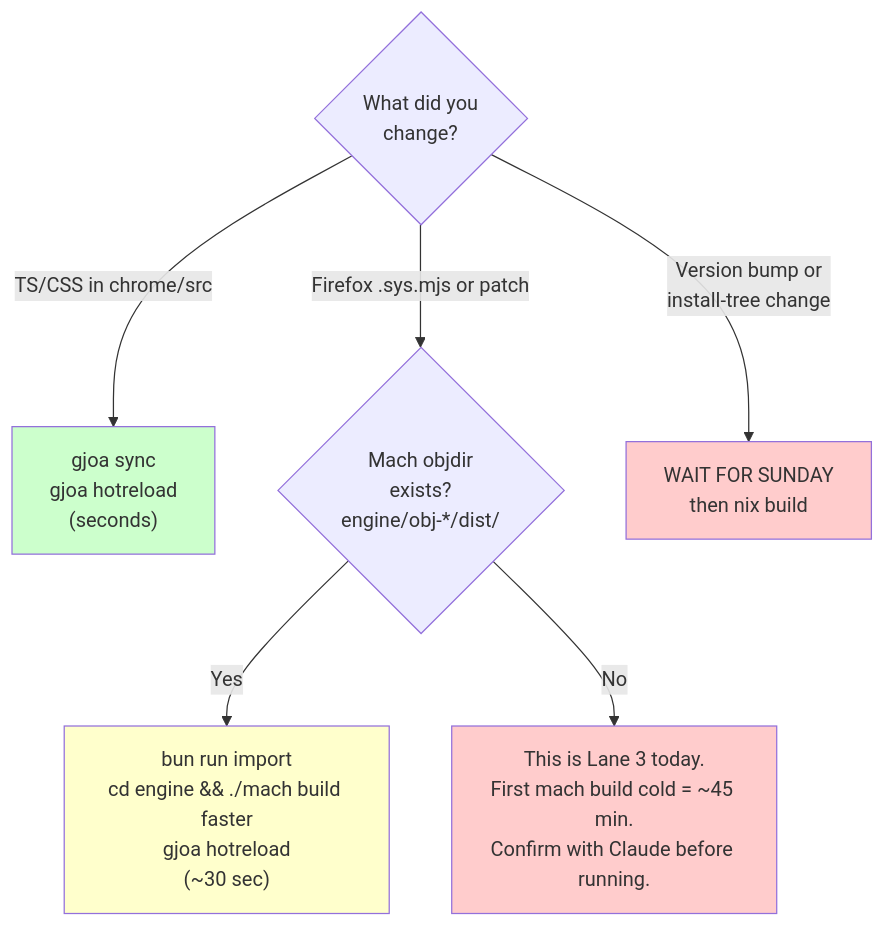
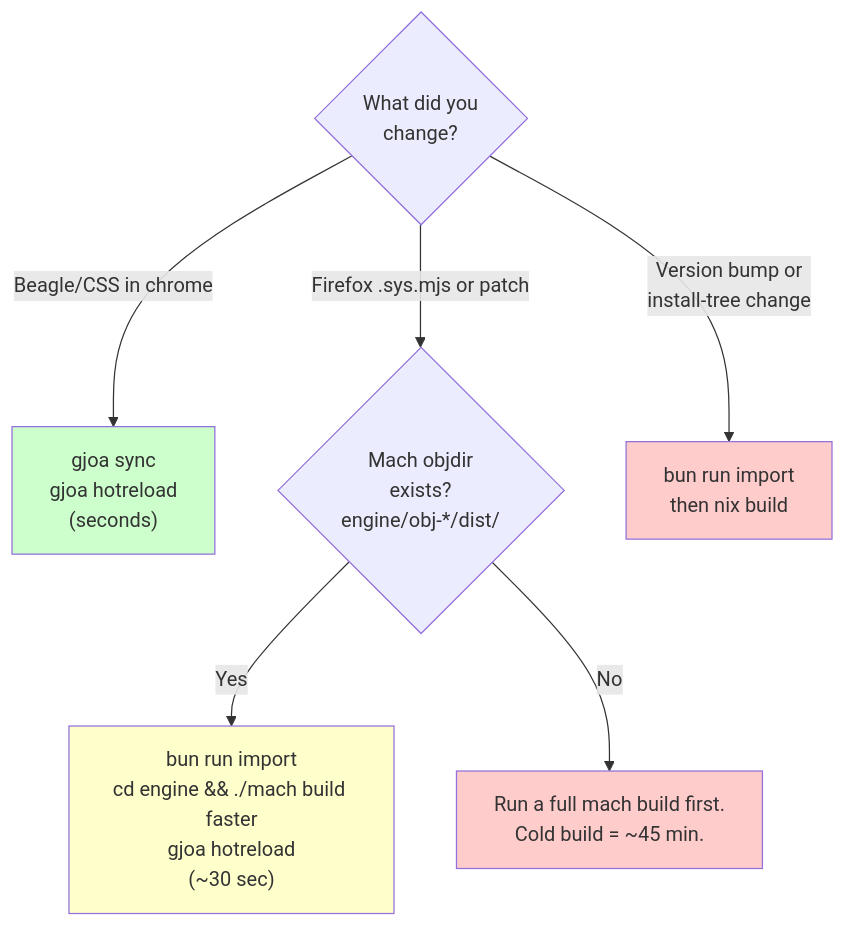
One commit to tompassarelli/gjoa changed the second of 4 diagrams in docs/ARCHITECTURE.md. Above: the diagram before and after it, drawn with Mermaid. The commit also changed other lines of this file and 59 other files, not shown here.

````diff
--- a/docs/ARCHITECTURE.md
+++ b/docs/ARCHITECTURE.md
@@ -101,14 +99,14 @@
 ```mermaid
 flowchart TD
     Q1{What did you<br>change?}
-    Q1 -->|TS/CSS in chrome/src| L1["gjoa sync<br>gjoa hotreload<br>(seconds)"]
+    Q1 -->|Beagle/CSS in chrome| L1["gjoa sync<br>gjoa hotreload<br>(seconds)"]
     Q1 -->|Firefox .sys.mjs or patch| Q2{Mach objdir<br>exists?<br>engine/obj-*/dist/}
-    Q1 -->|Version bump or<br>install-tree change| L3["WAIT FOR SUNDAY<br>then nix build"]
+    Q1 -->|Version bump or<br>install-tree change| L3["bun run import<br>then nix build"]
     Q2 -->|Yes| L2["bun run import<br>cd engine && ./mach build faster<br>gjoa hotreload<br>(~30 sec)"]
-    Q2 -->|No| L2cold["This is Lane 3 today.<br>First mach build cold = ~45 min.<br>Confirm with Claude before running."]
+    Q2 -->|No| L2cold["Run a full mach build first.<br>Cold build = ~45 min."]
 
     style L1 fill:#cfc
     style L2 fill:#ffc
     style L2cold fill:#fcc
     style L3 fill:#fcc
 ```
````
